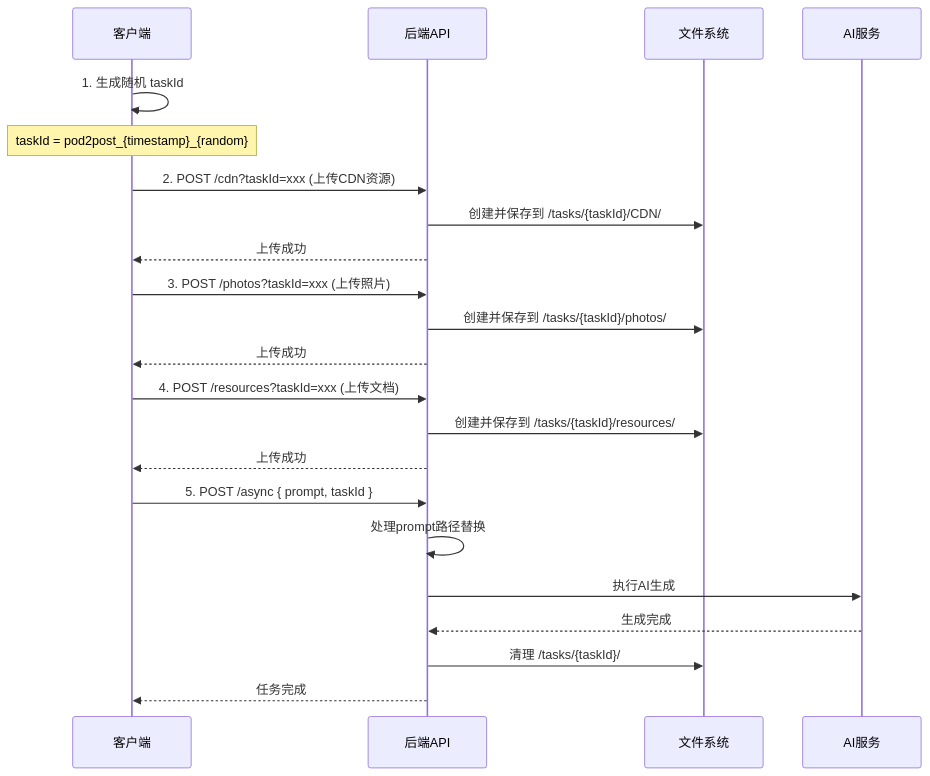
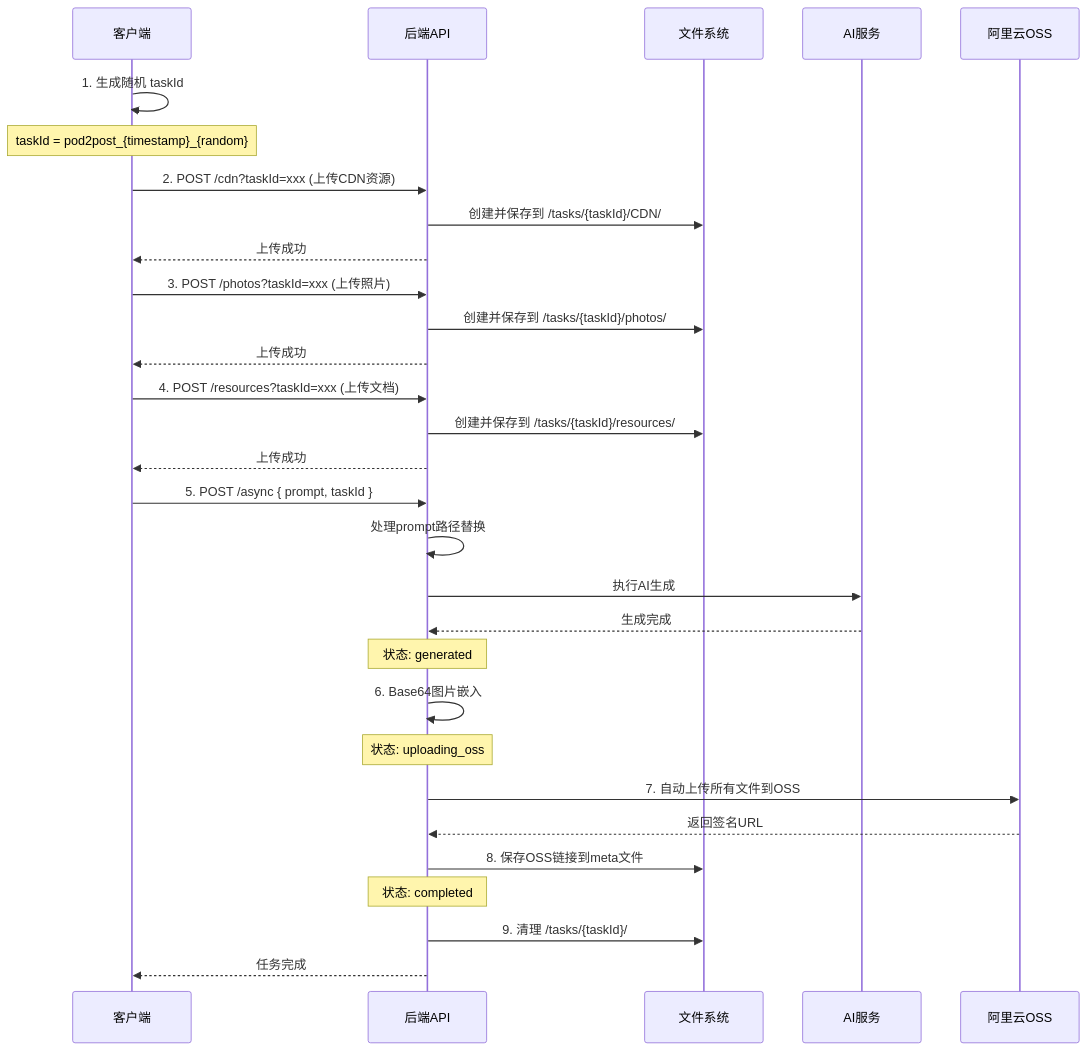
Before and after one commit to aixier/AI_Terminal: the diagram in Pod2Post并发方案改造文档-V2.md, drawn with Mermaid. The commit also changed other lines of this file and 8 other files, not shown here.

````diff
--- a/Pod2Post并发方案改造文档-V2.md
+++ b/Pod2Post并发方案改造文档-V2.md
@@ -36,29 +36,40 @@
 ```mermaid
 sequenceDiagram
     participant Client as 客户端
     participant API as 后端API
     participant FS as 文件系统
     participant AI as AI服务
+    participant OSS as 阿里云OSS
     
     Client->>Client: 1. 生成随机 taskId
     Note over Client: taskId = pod2post_{timestamp}_{random}
     
     Client->>API: 2. POST /cdn?taskId=xxx (上传CDN资源)
     API->>FS: 创建并保存到 /tasks/{taskId}/CDN/
     API-->>Client: 上传成功
     
     Client->>API: 3. POST /photos?taskId=xxx (上传照片)
     API->>FS: 创建并保存到 /tasks/{taskId}/photos/
     API-->>Client: 上传成功
     
     Client->>API: 4. POST /resources?taskId=xxx (上传文档)
     API->>FS: 创建并保存到 /tasks/{taskId}/resources/
     API-->>Client: 上传成功
     
     Client->>API: 5. POST /async { prompt, taskId }
     API->>API: 处理prompt路径替换
     API->>AI: 执行AI生成
     AI-->>API: 生成完成
-    API->>FS: 清理 /tasks/{taskId}/ 
+    Note over API: 状态: generated
+    
+    API->>API: 6. Base64图片嵌入
+    Note over API: 状态: uploading_oss
+    
+    API->>OSS: 7. 自动上传所有文件到OSS
+    OSS-->>API: 返回签名URL
+    API->>FS: 8. 保存OSS链接到meta文件
+    Note over API: 状态: completed
+    
+    API->>FS: 9. 清理 /tasks/{taskId}/ 
     API-->>Client: 任务完成
 ```
````
